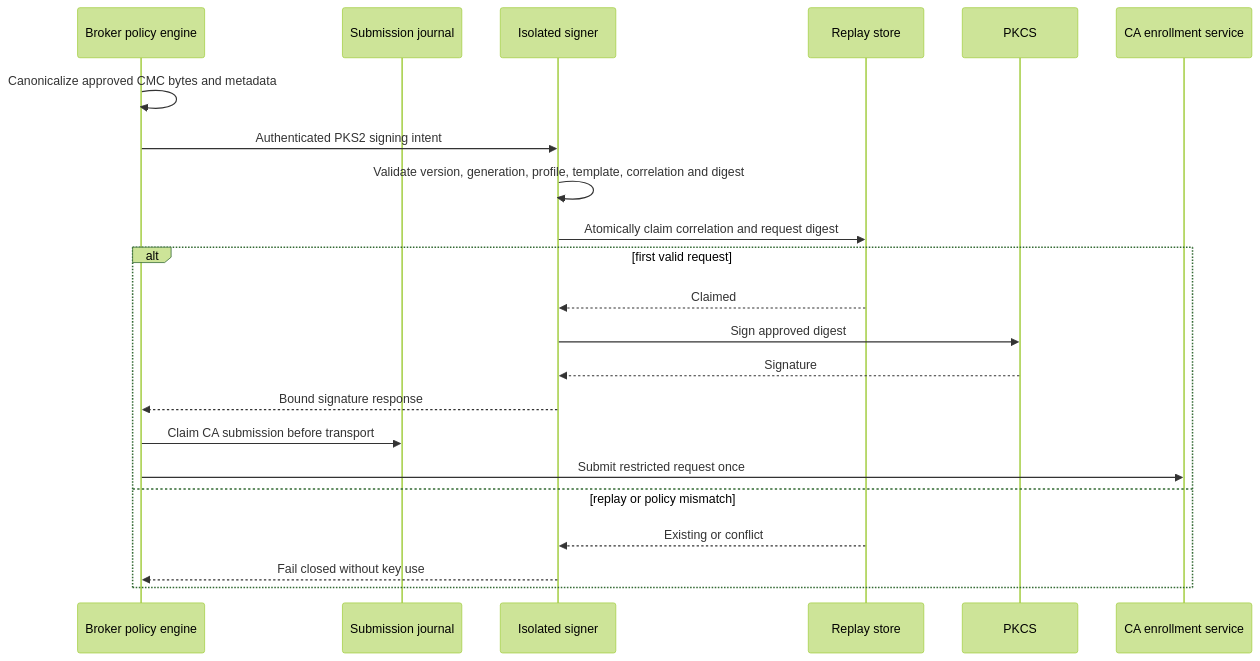
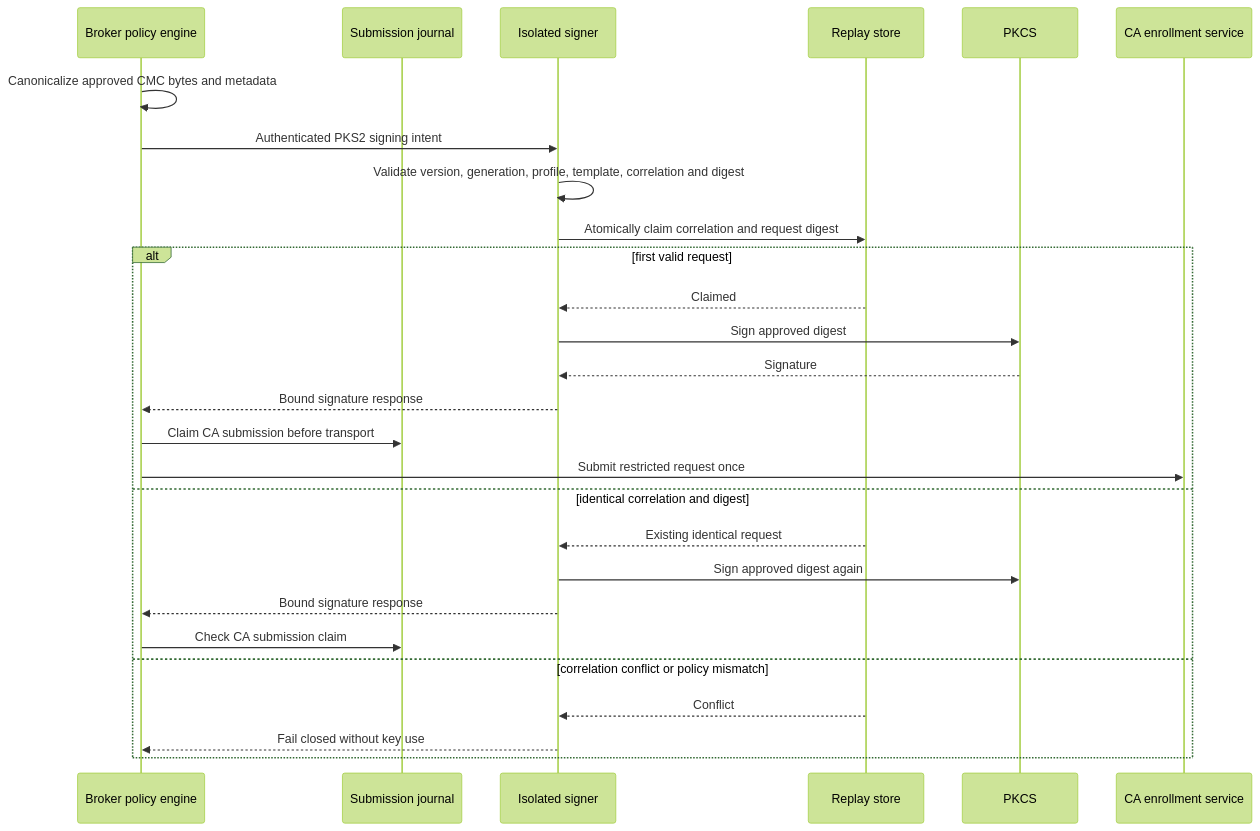
One commit to rovingclimber/adcs-enrollment-broker changed the diagram in docs/protocols/signer-flow.md. Above: the diagram before and after it, drawn with Mermaid (forest theme). The commit also changed other lines of this file and 100 other files, not shown here.

````diff
--- a/docs/protocols/signer-flow.md
+++ b/docs/protocols/signer-flow.md
@@ -3,24 +3,29 @@
 ```mermaid
 sequenceDiagram
   participant B as Broker policy engine
   participant J as Submission journal
   participant S as Isolated signer
   participant R as Replay store
   participant K as PKCS#11 key
   participant C as CA enrollment service
   B->>B: Canonicalize approved CMC bytes and metadata
   B->>S: Authenticated PKS2 signing intent
   S->>S: Validate version, generation, profile, template, correlation and digest
   S->>R: Atomically claim correlation and request digest
   alt first valid request
     R-->>S: Claimed
     S->>K: Sign approved digest
     K-->>S: Signature
     S-->>B: Bound signature response
     B->>J: Claim CA submission before transport
     B->>C: Submit restricted request once
-  else replay or policy mismatch
-    R-->>S: Existing or conflict
+  else identical correlation and digest
+    R-->>S: Existing identical request
+    S->>K: Sign approved digest again
+    S-->>B: Bound signature response
+    B->>J: Check CA submission claim
+  else correlation conflict or policy mismatch
+    R-->>S: Conflict
     S-->>B: Fail closed without key use
   end
 ```
````
